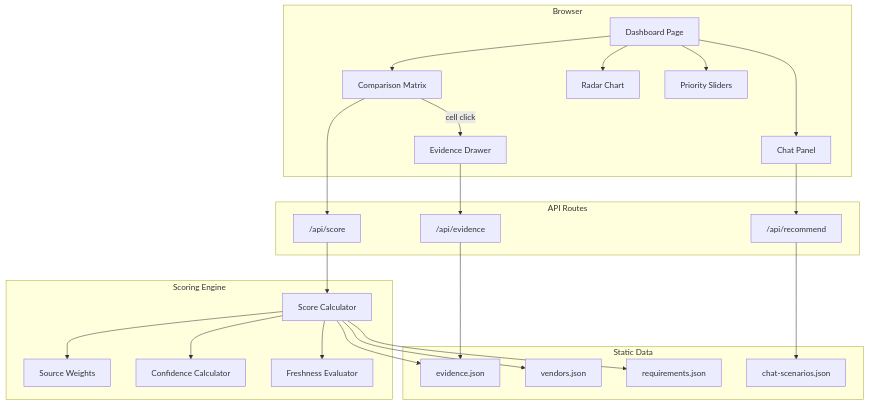
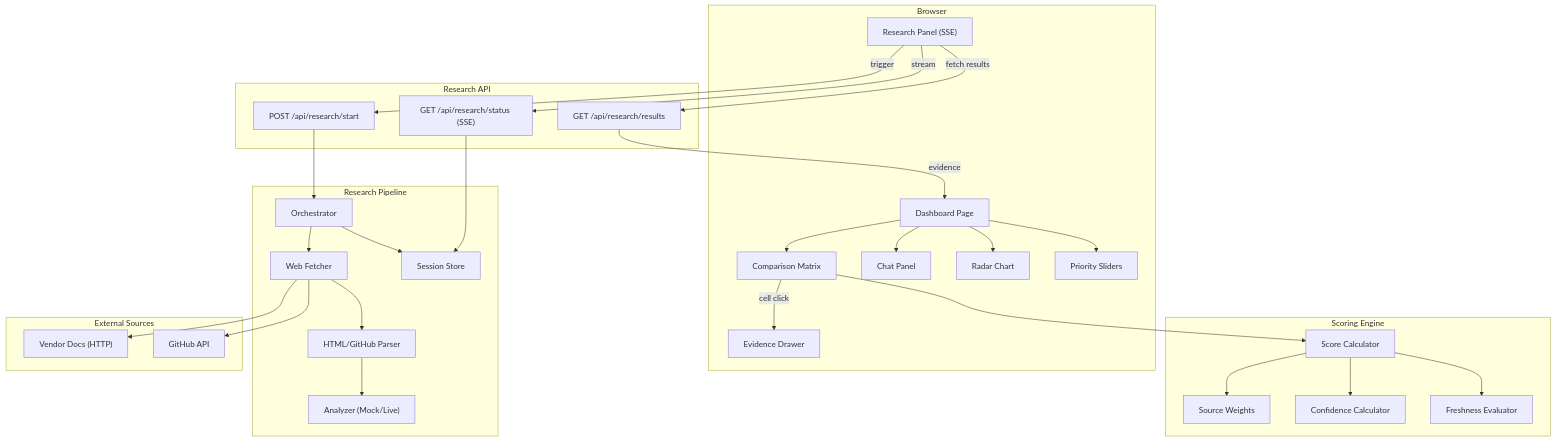
One commit to patricio0312rev/signalcore-assignment changed the diagram in README.md. Above: the diagram before and after it, drawn with Mermaid. The commit also changed other lines of this file, not shown here.

Commit message:
docs: rewrite README with research pipeline architecture and updated features

````diff
--- a/README.md
+++ b/README.md
@@ -18,52 +29,63 @@
 ```mermaid
 graph TB
     subgraph Client["Browser"]
+        ResearchPanel["Research Panel (SSE)"]
         Dashboard[Dashboard Page]
         Matrix[Comparison Matrix]
         Drawer[Evidence Drawer]
         Chat[Chat Panel]
         Charts[Radar Chart]
         Sliders[Priority Sliders]
     end
 
-    subgraph API["API Routes"]
-        EvidenceAPI["/api/evidence"]
-        ScoreAPI["/api/score"]
-        RecommendAPI["/api/recommend"]
+    subgraph ResearchAPI["Research API"]
+        StartAPI["POST /api/research/start"]
+        StatusAPI["GET /api/research/status (SSE)"]
+        ResultsAPI["GET /api/research/results"]
+    end
+
+    subgraph Pipeline["Research Pipeline"]
+        Orchestrator[Orchestrator]
+        Fetcher[Web Fetcher]
+        Parser[HTML/GitHub Parser]
+        Analyzer["Analyzer (Mock/Live)"]
+        SessionStore[Session Store]
     end
 
     subgraph Engine["Scoring Engine"]
         Scorer[Score Calculator]
         Weights[Source Weights]
         Confidence[Confidence Calculator]
         Freshness[Freshness Evaluator]
     end
 
-    subgraph Data["Static Data"]
-        EvidenceJSON["evidence.json"]
-        VendorsJSON["vendors.json"]
-        RequirementsJSON["requirements.json"]
-        ScenariosJSON["chat-scenarios.json"]
+    subgraph External["External Sources"]
+        VendorDocs["Vendor Docs (HTTP)"]
+        GitHubAPI["GitHub API"]
     end
 
+    ResearchPanel -->|trigger| StartAPI
+    ResearchPanel -->|stream| StatusAPI
+    ResearchPanel -->|fetch results| ResultsAPI
+
+    StartAPI --> Orchestrator
+    Orchestrator --> Fetcher
+    Fetcher --> Parser
+    Fetcher --> VendorDocs
+    Fetcher --> GitHubAPI
+    Parser --> Analyzer
+    Orchestrator --> SessionStore
+    StatusAPI --> SessionStore
+
+    ResultsAPI -->|evidence| Dashboard
     Dashboard --> Matrix
     Dashboard --> Charts
     Matrix -->|cell click| Drawer
     Dashboard --> Chat
     Dashboard --> Sliders
 
-    Matrix --> ScoreAPI
-    Drawer --> EvidenceAPI
-    Chat --> RecommendAPI
-
-    ScoreAPI --> Scorer
+    Matrix --> Scorer
     Scorer --> Weights
     Scorer --> Confidence
     Scorer --> Freshness
-
-    EvidenceAPI --> EvidenceJSON
-    Scorer --> EvidenceJSON
-    Scorer --> VendorsJSON
-    Scorer --> RequirementsJSON
-    RecommendAPI --> ScenariosJSON
 ```
````
